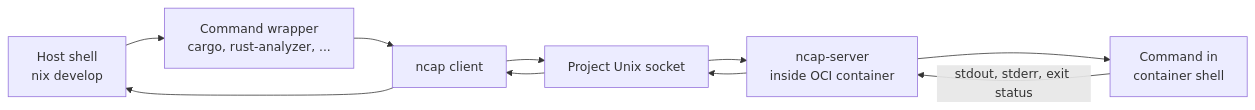
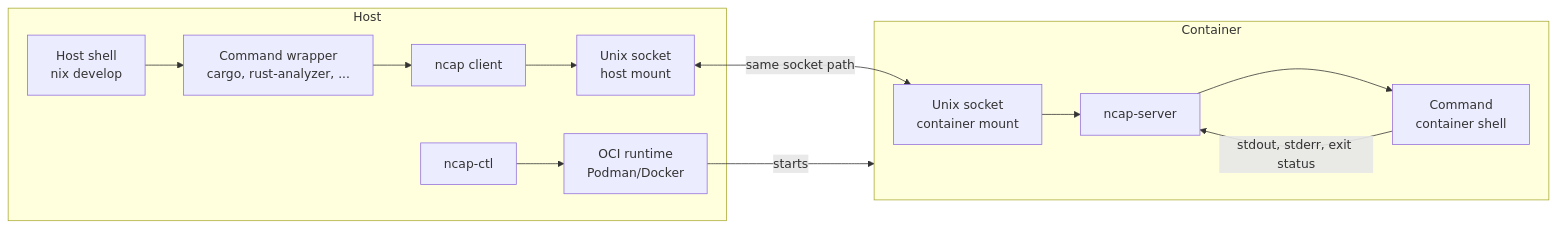
The diagram in README.md (hexrustox/nix-capsule), drawn with Mermaid before and after one commit.

````diff
--- a/README.md
+++ b/README.md
@@ -10,12 +10,26 @@
 ```mermaid
 flowchart LR
-    H["Host shell<br/>nix develop"]
-    W["Command wrapper<br/>cargo, rust-analyzer, ..."]
-    C["ncap client"]
-    S["Project Unix socket"]
-    R["ncap-server<br/>inside OCI container"]
-    T["Command in<br/>container shell"]
+    subgraph HOST["Host"]
+        H["Host shell<br/>nix develop"]
+        W["Command wrapper<br/>cargo, rust-analyzer, ..."]
+        C["ncap client"]
+        HS["Unix socket<br/>host mount"]
+        CTL["ncap-ctl"]
+        RT["OCI runtime<br/>Podman/Docker"]
 
-    H --> W --> C --> S --> R --> T
-    T -->|stdout, stderr, exit status| R --> S --> C --> H
+        H --> W --> C --> HS
+        CTL --> RT
+    end
+
+    subgraph CONTAINER["Container"]
+        CS["Unix socket<br/>container mount"]
+        S["ncap-server"]
+        T["Command<br/>container shell"]
+
+        CS --> S --> T
+        T -->|stdout, stderr, exit status| S
+    end
+
+    HS <-->|"same socket path"| CS
+    RT -->|starts| CONTAINER
 ```
````
